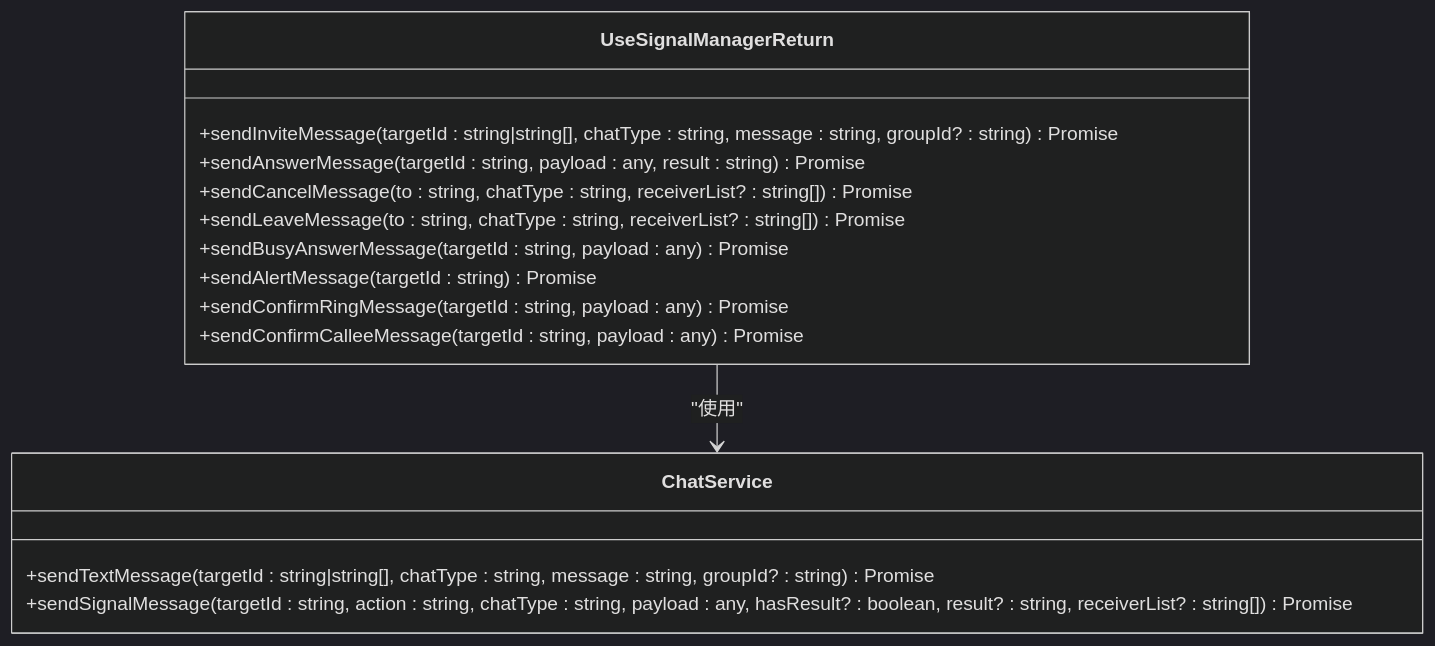
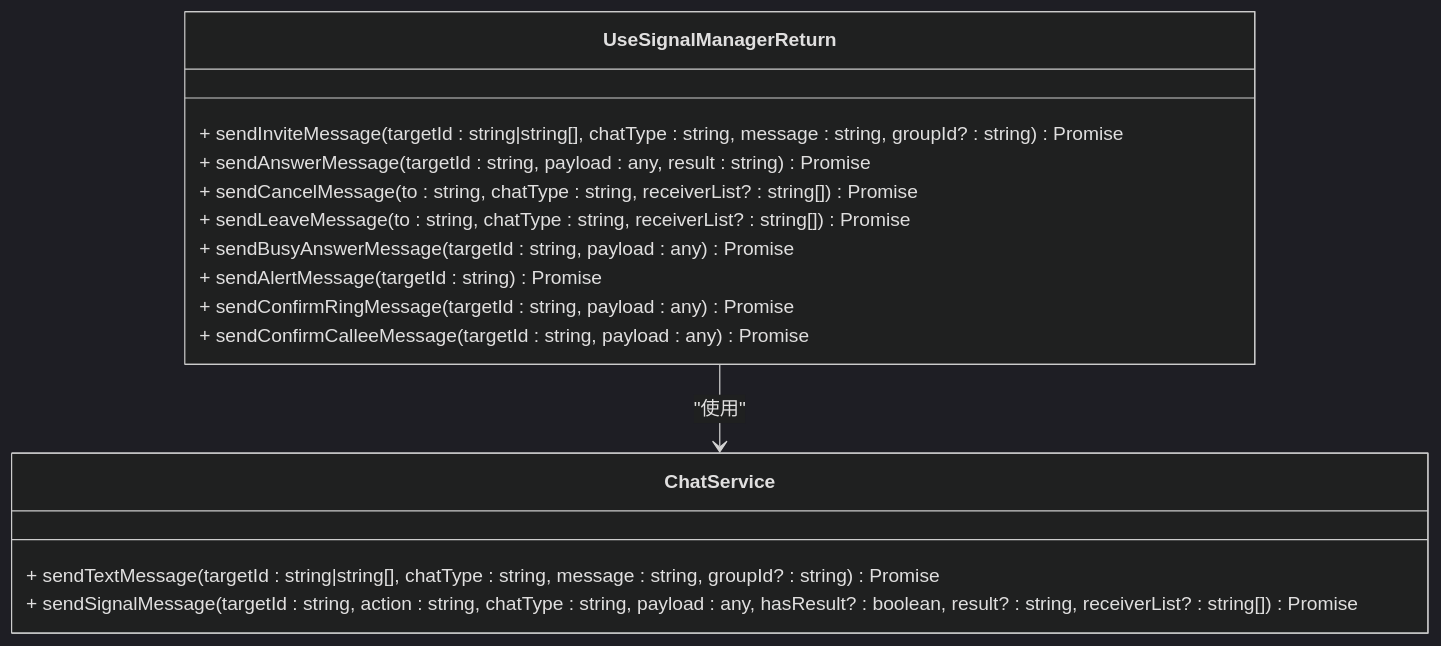
Before and after one commit to Easemob-Community/easemob-uikit-callkit-vue3: the eighth of 14 diagrams in .qoder/repowiki/zh/content/高级功能/群组通话信号处理器.md, drawn with Mermaid (dark theme). The commit also changed other lines of this file and 15 other files, not shown here.

First line of the commit message:
fix: 群通话取消/挂断信令对齐 React 版本，修复 callee alert 不关闭问题

````diff
--- a/.qoder/repowiki/zh/content/高级功能/群组通话信号处理器.md
+++ b/.qoder/repowiki/zh/content/高级功能/群组通话信号处理器.md
@@ -338,18 +375,18 @@
 ```mermaid
 classDiagram
 class UseSignalManagerReturn {
-+sendInviteMessage(targetId : string|string[], chatType : string, message : string, groupId? : string) Promise
-+sendAnswerMessage(targetId : string, payload : any, result : string) Promise
-+sendCancelMessage(to : string, chatType : string, receiverList? : string[]) Promise
-+sendLeaveMessage(to : string, chatType : string, receiverList? : string[]) Promise
-+sendBusyAnswerMessage(targetId : string, payload : any) Promise
-+sendAlertMessage(targetId : string) Promise
-+sendConfirmRingMessage(targetId : string, payload : any) Promise
-+sendConfirmCalleeMessage(targetId : string, payload : any) Promise
++ sendInviteMessage(targetId : string|string[], chatType : string, message : string, groupId? : string) Promise
++ sendAnswerMessage(targetId : string, payload : any, result : string) Promise
++ sendCancelMessage(to : string, chatType : string, receiverList? : string[]) Promise
++ sendLeaveMessage(to : string, chatType : string, receiverList? : string[]) Promise
++ sendBusyAnswerMessage(targetId : string, payload : any) Promise
++ sendAlertMessage(targetId : string) Promise
++ sendConfirmRingMessage(targetId : string, payload : any) Promise
++ sendConfirmCalleeMessage(targetId : string, payload : any) Promise
 }
 class ChatService {
-+sendTextMessage(targetId : string|string[], chatType : string, message : string, groupId? : string) Promise
-+sendSignalMessage(targetId : string, action : string, chatType : string, payload : any, hasResult? : boolean, result? : string, receiverList? : string[]) Promise
++ sendTextMessage(targetId : string|string[], chatType : string, message : string, groupId? : string) Promise
++ sendSignalMessage(targetId : string, action : string, chatType : string, payload : any, hasResult? : boolean, result? : string, receiverList? : string[]) Promise
 }
 UseSignalManagerReturn --> ChatService : "使用"
 ```
````
